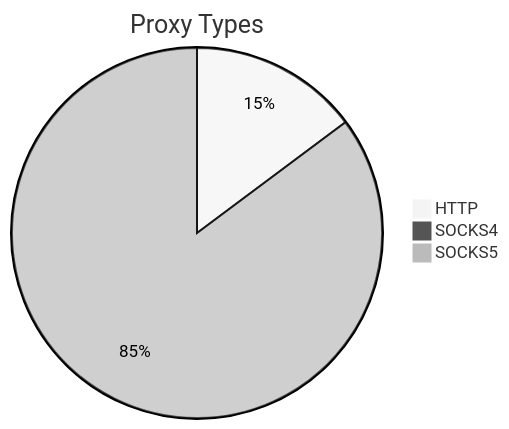
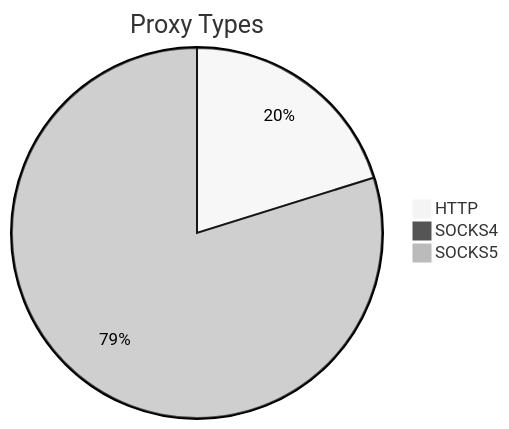
Before and after one commit to stormsia/proxy-list: the first of 2 diagrams in README.md, drawn with Mermaid (neutral theme). The commit also changed other lines of this file, not shown here.

````diff
--- a/README.md
+++ b/README.md
@@ -21,6 +21,6 @@
 ```mermaid
 pie title Proxy Types
-    "HTTP" : 991
-    "SOCKS4" : 50
-    "SOCKS5" : 5708
+    "HTTP" : 370
+    "SOCKS4" : 17
+    "SOCKS5" : 1464
 ```
````
